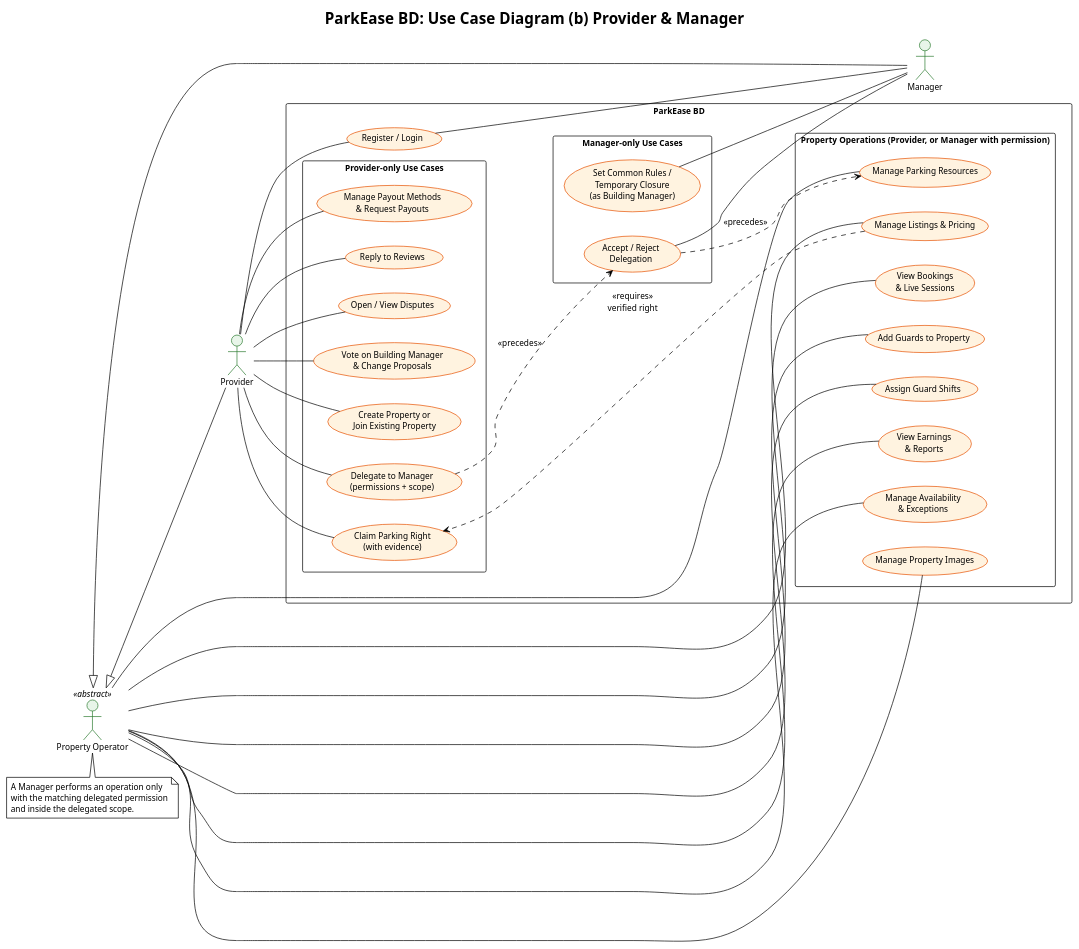
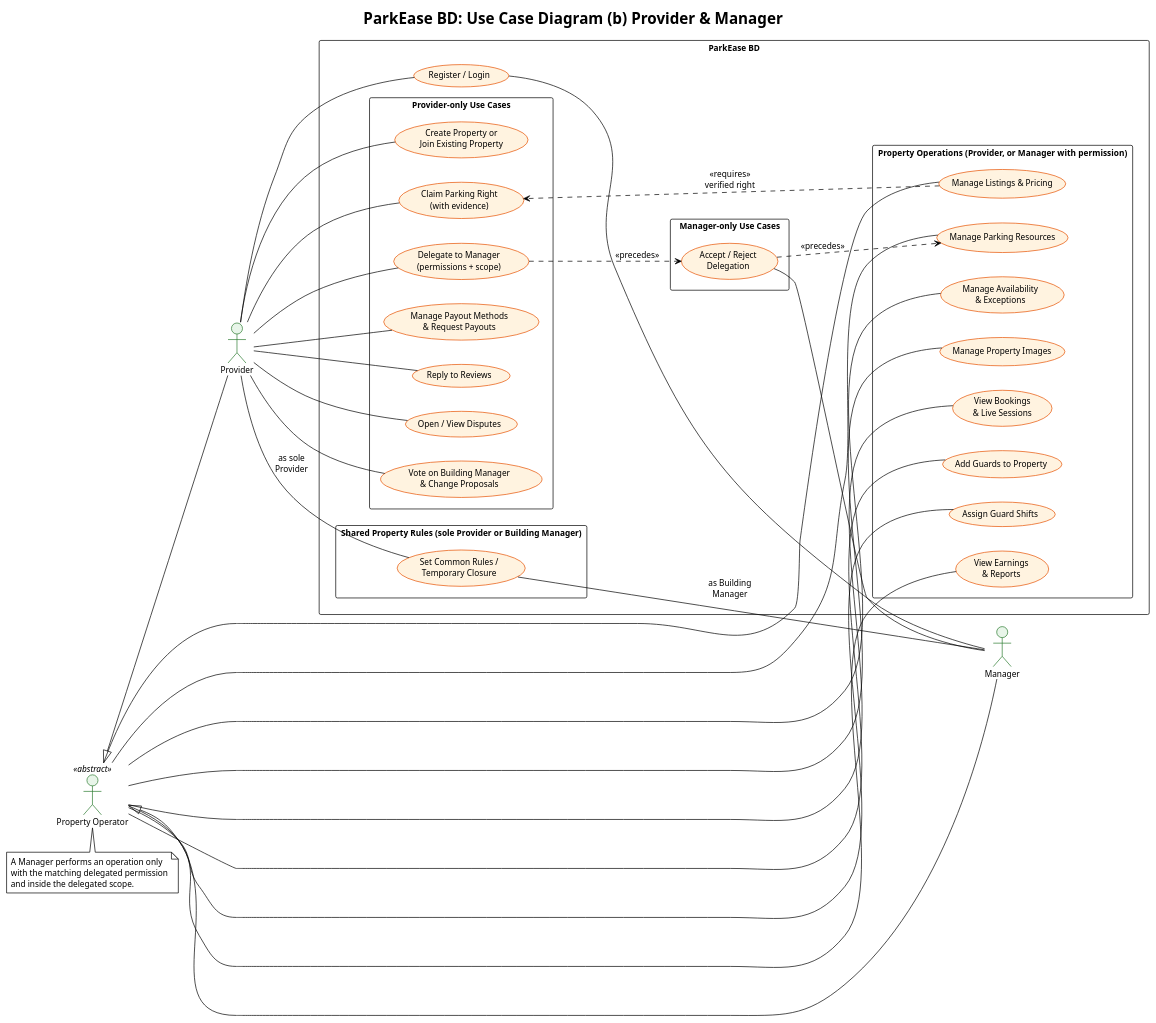
Before and after one commit to 0xFaysal/se-lab-wake-up-to-reality: the diagram in docs/diagrams/use-case-property.puml, drawn with PlantUML. The commit also changed 1 other file, not shown here.

Commit message:
docs(diagrams): link the sole Provider to common rules and closure

```diff
--- a/docs/diagrams/use-case-property.puml
+++ b/docs/diagrams/use-case-property.puml
@@ -1,91 +1,95 @@
 @startuml use-case-property
 !theme plain
 title ParkEase BD: Use Case Diagram (b) Provider & Manager
 
 skinparam backgroundColor white
 skinparam shadowing false
 skinparam defaultFontSize 12
 skinparam packageStyle rectangle
 skinparam usecase {
   BackgroundColor #FFF3E0
   BorderColor #E65100
 }
 skinparam actor {
   BackgroundColor #E8F5E9
   BorderColor #2E7D32
 }
 
 left to right direction
 
 actor "Provider" as Provider
 actor "Manager" as Manager
 actor "Property Operator" as Operator <<abstract>>
 
 rectangle "ParkEase BD" {
 
   usecase "Register / Login" as UC1
 
   package "Provider-only Use Cases" {
     usecase "Create Property or\nJoin Existing Property" as UC30
     usecase "Claim Parking Right\n(with evidence)" as UC31
     usecase "Delegate to Manager\n(permissions + scope)" as UC32
     usecase "Manage Payout Methods\n& Request Payouts" as UC33
     usecase "Reply to Reviews" as UC34
     usecase "Open / View Disputes" as UC35
     usecase "Vote on Building Manager\n& Change Proposals" as UC36
   }
 
   package "Property Operations (Provider, or Manager with permission)" {
     usecase "Manage Parking Resources" as UC40
     usecase "Manage Listings & Pricing" as UC41
     usecase "Manage Availability\n& Exceptions" as UC42
     usecase "Manage Property Images" as UC43
     usecase "View Bookings\n& Live Sessions" as UC44
     usecase "Add Guards to Property" as UC45
     usecase "Assign Guard Shifts" as UC46
     usecase "View Earnings\n& Reports" as UC47
   }
 
+  package "Shared Property Rules (sole Provider or Building Manager)" {
+    usecase "Set Common Rules /\nTemporary Closure" as UC51
+  }
+
   package "Manager-only Use Cases" {
     usecase "Accept / Reject\nDelegation" as UC50
-    usecase "Set Common Rules /\nTemporary Closure\n(as Building Manager)" as UC51
   }
 
 }
 
 Provider -- UC1
 Provider -- UC30
 Provider -- UC31
 Provider -- UC32
 Provider -- UC33
 Provider -- UC34
 Provider -- UC35
 Provider -- UC36
 
 UC41 ..> UC31 : <<requires>>\nverified right
 
 Operator -- UC40
 Operator -- UC41
 Operator -- UC42
 Operator -- UC43
 Operator -- UC44
 Operator -- UC45
 Operator -- UC46
 Operator -- UC47
 Provider -up-|> Operator
 Manager -up-|> Operator
 
 note bottom of Operator
   A Manager performs an operation only
   with the matching delegated permission
   and inside the delegated scope.
 end note
 
 UC1 -- Manager
 UC50 -- Manager
-UC51 -- Manager
+UC51 -- Manager : as Building\nManager
+Provider -- UC51 : as sole\nProvider
 
 UC50 ..> UC40 : <<precedes>>
 UC32 ..> UC50 : <<precedes>>
 
 @enduml
```
